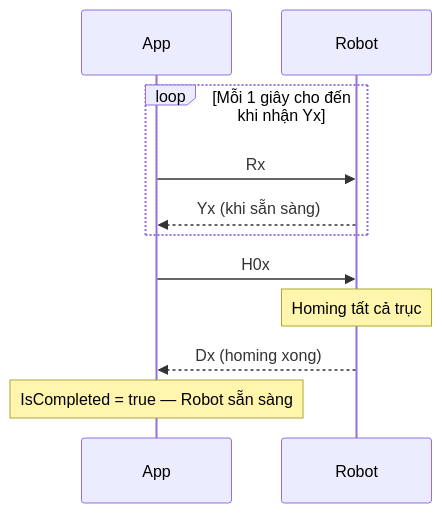
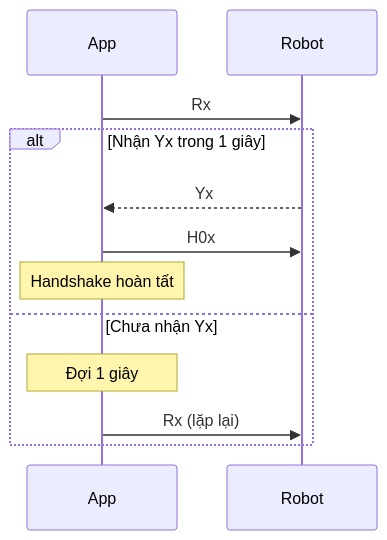
Before and after one commit to cmsang/haui: the first of 4 diagrams in Haui.PCB/docs/ROBOT_WORKFLOW.md, drawn with Mermaid. The commit also changed other lines of this file and 11 other files, not shown here.

````diff
--- a/Haui.PCB/docs/ROBOT_WORKFLOW.md
+++ b/Haui.PCB/docs/ROBOT_WORKFLOW.md
@@ -185,14 +139,15 @@
 ```mermaid
 sequenceDiagram
     participant App
     participant Robot
 
-    loop Mỗi 1 giây cho đến khi nhận Yx
-        App->>Robot: Rx
-        Robot-->>App: Yx (khi sẵn sàng)
+    App->>Robot: Rx
+    alt Nhận Yx trong 1 giây
+        Robot-->>App: Yx
+        App->>Robot: H0x
+        Note over App: Handshake hoàn tất
+    else Chưa nhận Yx
+        Note over App: Đợi 1 giây
+        App->>Robot: Rx (lặp lại)
     end
-    App->>Robot: H0x
-    Note over Robot: Homing tất cả trục
-    Robot-->>App: Dx (homing xong)
-    Note over App: IsCompleted = true — Robot sẵn sàng
 ```
````
